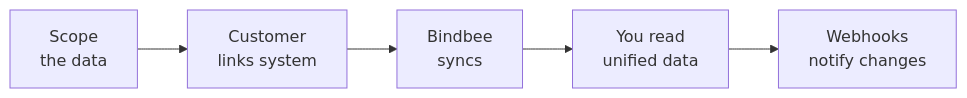
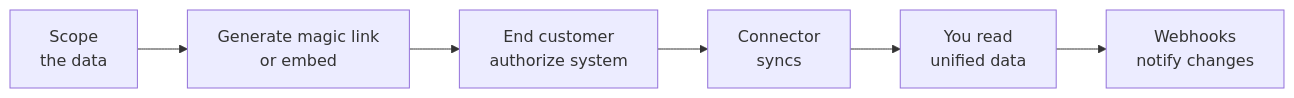
The diagram in get-started/what-is-bindbee.mdx (kaval1810/bindbee-docs-test), drawn with Mermaid before and after one commit. The commit also changed other lines of this file and 60 other files, not shown here.

````diff
--- a/get-started/what-is-bindbee.mdx
+++ b/get-started/what-is-bindbee.mdx
@@ -21,7 +13,8 @@
 ```mermaid
 flowchart LR
-    A[Scope<br/>the data] --> B[Customer<br/>links system]
-    B --> C[Bindbee<br/>syncs]
-    C --> D[You read<br/>unified data]
-    D --> E[Webhooks<br/>notify changes]
+    A[Scope<br/>the data] --> B[Generate magic link<br/>or embed]
+    B --> C[End customer<br/>authorize system]
+    C --> D[Connector<br/>syncs]
+    D --> E[You read<br/>unified data]
+    E --> F[Webhooks<br/>notify changes]
 ```
````
